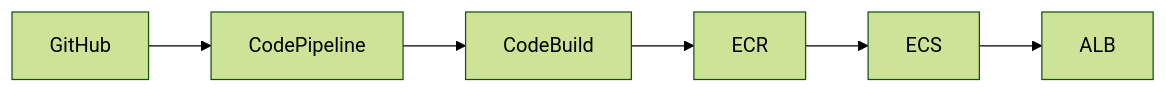
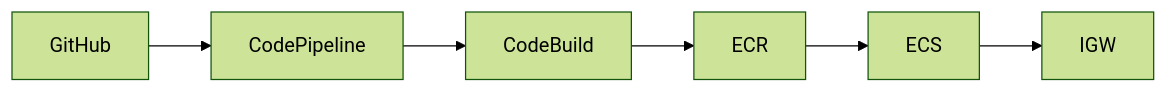
One commit to vineeth729/spring-boot-app changed the diagram in README.md. Above: the diagram before and after it, drawn with Mermaid (forest theme). The commit also changed other lines of this file, not shown here.

````diff
--- a/README.md
+++ b/README.md
@@ -19,4 +19,4 @@
 ```mermaid  
 graph LR  
-    GitHub --> CodePipeline --> CodeBuild --> ECR --> ECS --> ALB  
-```  
+    GitHub --> CodePipeline --> CodeBuild --> ECR --> ECS --> IGW  
+```    
````
